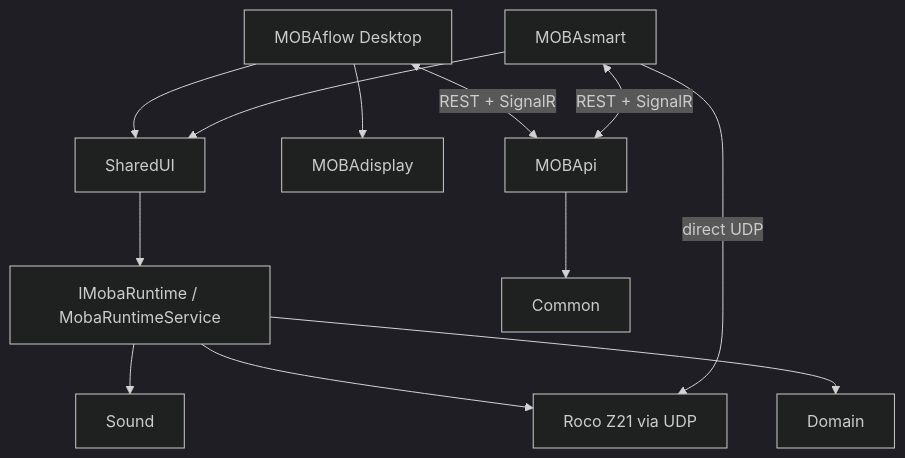
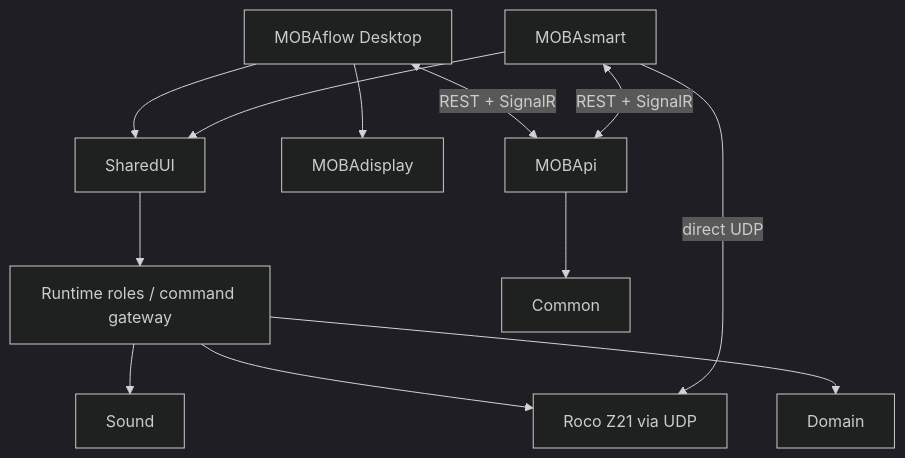
Before and after one commit to ahuelsmann/MOBAflow: the diagram in docs/PROJECT-REFERENCE.md, drawn with Mermaid (dark theme). The commit also changed other lines of this file and 8 other files, not shown here.

````diff
--- a/docs/PROJECT-REFERENCE.md
+++ b/docs/PROJECT-REFERENCE.md
@@ -40,14 +40,14 @@
 ```mermaid
 flowchart TD
     WinUI["MOBAflow Desktop"] --> SharedUI
     Android["MOBAsmart"] --> SharedUI
-    SharedUI --> Runtime["IMobaRuntime / MobaRuntimeService"]
+    SharedUI --> Runtime["Runtime roles / command gateway"]
     Runtime --> Z21["Roco Z21 via UDP"]
     Runtime --> Domain
     Runtime --> Sound
     WinUI --> Display["MOBAdisplay"]
     WinUI <-->|"REST + SignalR"| API["MOBApi"]
     Android <-->|"REST + SignalR"| API
     Android -->|"direct UDP"| Z21
     API --> Common
 ```
````
